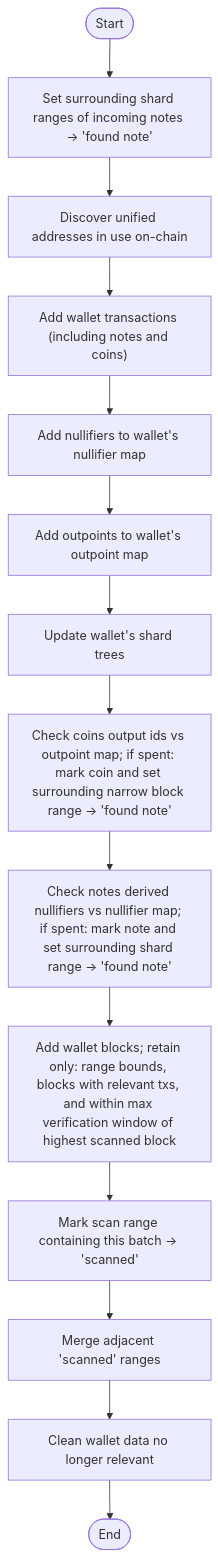
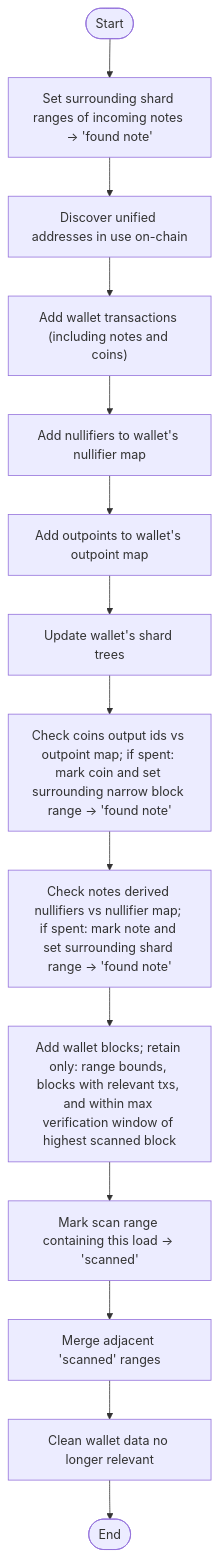
Before and after one commit to zingolabs/zingolib: the diagram in pepper-sync/diagrams/process_scan_results.mmd, drawn with Mermaid. The commit also changed 9 other files, not shown here.

```diff
--- a/pepper-sync/diagrams/process_scan_results.mmd
+++ b/pepper-sync/diagrams/process_scan_results.mmd
@@ -1,15 +1,15 @@
 flowchart TD
   %% PROCESS SCAN RESULTS
   START([Start]) --> P1["Set surrounding shard ranges of incoming notes <br>-> 'found note'"]
   P1 --> P2["Discover unified addresses in use on-chain"]
   P2 --> P3["Add wallet transactions (including notes and coins)"]
   P3 --> P4["Add nullifiers to wallet's nullifier map"]
   P4 --> P5["Add outpoints to wallet's outpoint map"]
   P5 --> P6["Update wallet's shard trees"]
   P6 --> P7["Check coins output ids vs outpoint map; if spent: mark coin and set surrounding narrow block range -> 'found note'"]
   P7 --> P8["Check notes derived nullifiers vs nullifier map; if spent: mark note and set surrounding shard range -> 'found note'"]
   P8 --> P9["Add wallet blocks; retain only: range bounds, blocks with relevant txs, and within max verification window of highest scanned block"]
-  P9 --> P10["Mark scan range containing this batch -> 'scanned'"]
+  P9 --> P10["Mark scan range containing this load -> 'scanned'"]
   P10 --> P11["Merge adjacent 'scanned' ranges"]
   P11 --> P12["Clean wallet data no longer relevant"]
   P12 --> END([End])
```
